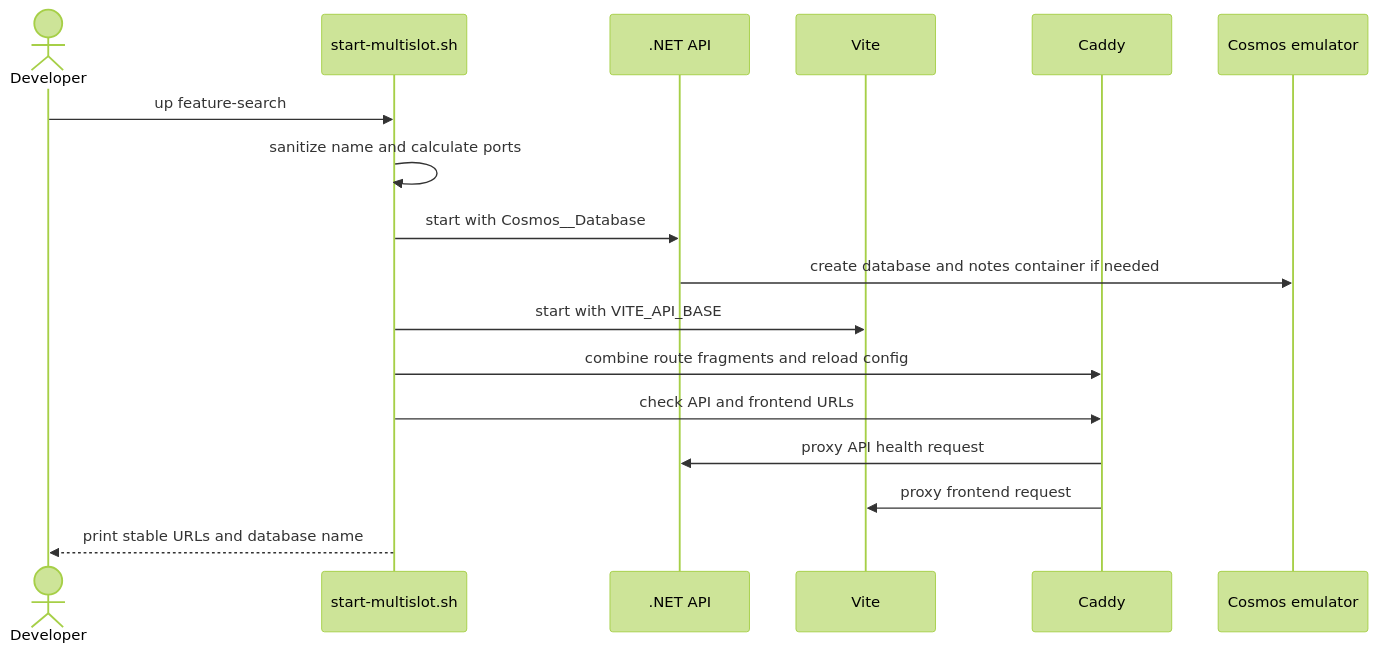
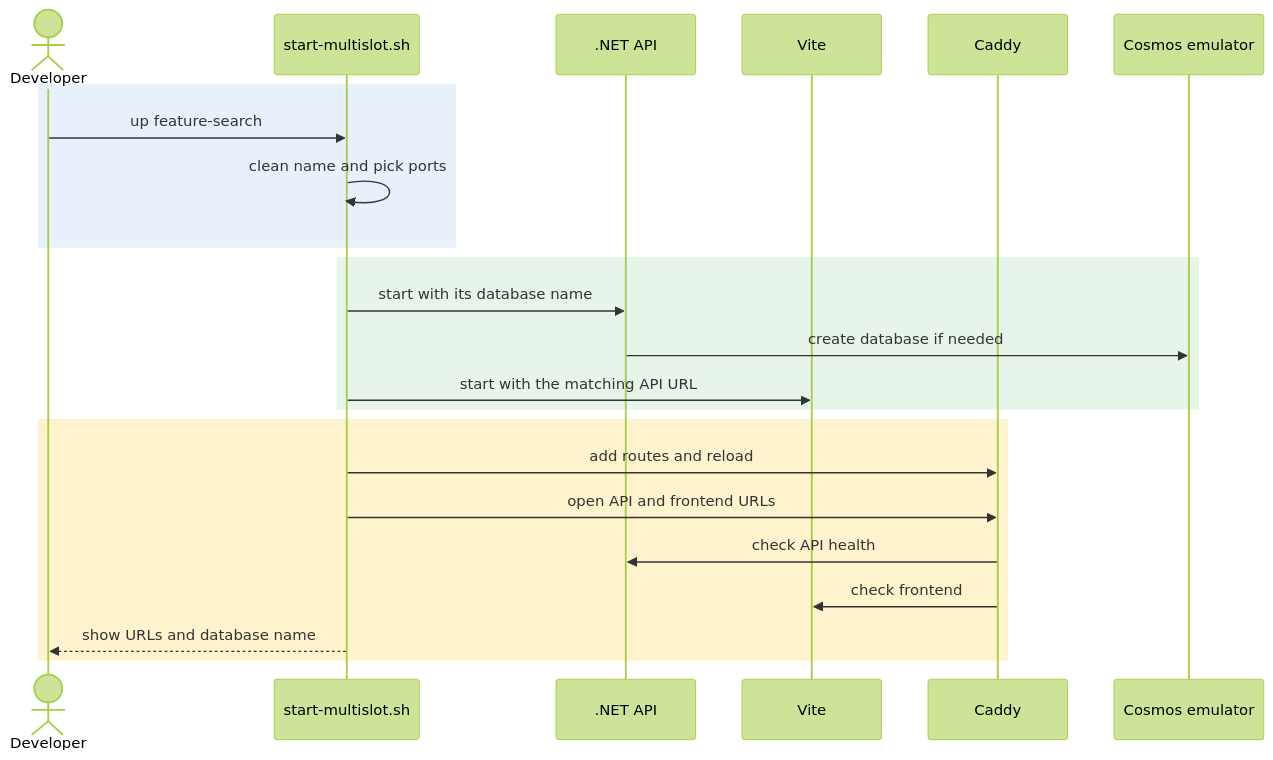
Before and after one commit to srungta/srungta.github.io: the third of 3 diagrams in _posts/llm/2026-07-19-multi-slot-local-dev-with-worktrees-and-caddy.md, drawn with Mermaid (forest theme). The commit also changed other lines of this file, not shown here.

````diff
--- a/_posts/llm/2026-07-19-multi-slot-local-dev-with-worktrees-and-caddy.md
+++ b/_posts/llm/2026-07-19-multi-slot-local-dev-with-worktrees-and-caddy.md
@@ -294,20 +347,26 @@
 ```mermaid
 sequenceDiagram
     actor Developer
     participant Script as start-multislot.sh
     participant API as .NET API
     participant UI as Vite
     participant Caddy
     participant Cosmos as Cosmos emulator
 
+    rect rgb(232, 241, 251)
     Developer->>Script: up feature-search
-    Script->>Script: sanitize name and calculate ports
-    Script->>API: start with Cosmos__Database
-    API->>Cosmos: create database and notes container if needed
-    Script->>UI: start with VITE_API_BASE
-    Script->>Caddy: combine route fragments and reload config
-    Script->>Caddy: check API and frontend URLs
-    Caddy->>API: proxy API health request
-    Caddy->>UI: proxy frontend request
-    Script-->>Developer: print stable URLs and database name
+    Script->>Script: clean name and pick ports
+    end
+    rect rgb(230, 244, 234)
+    Script->>API: start with its database name
+    API->>Cosmos: create database if needed
+    Script->>UI: start with the matching API URL
+    end
+    rect rgb(255, 243, 205)
+    Script->>Caddy: add routes and reload
+    Script->>Caddy: open API and frontend URLs
+    Caddy->>API: check API health
+    Caddy->>UI: check frontend
+    Script-->>Developer: show URLs and database name
+    end
 ```
````
